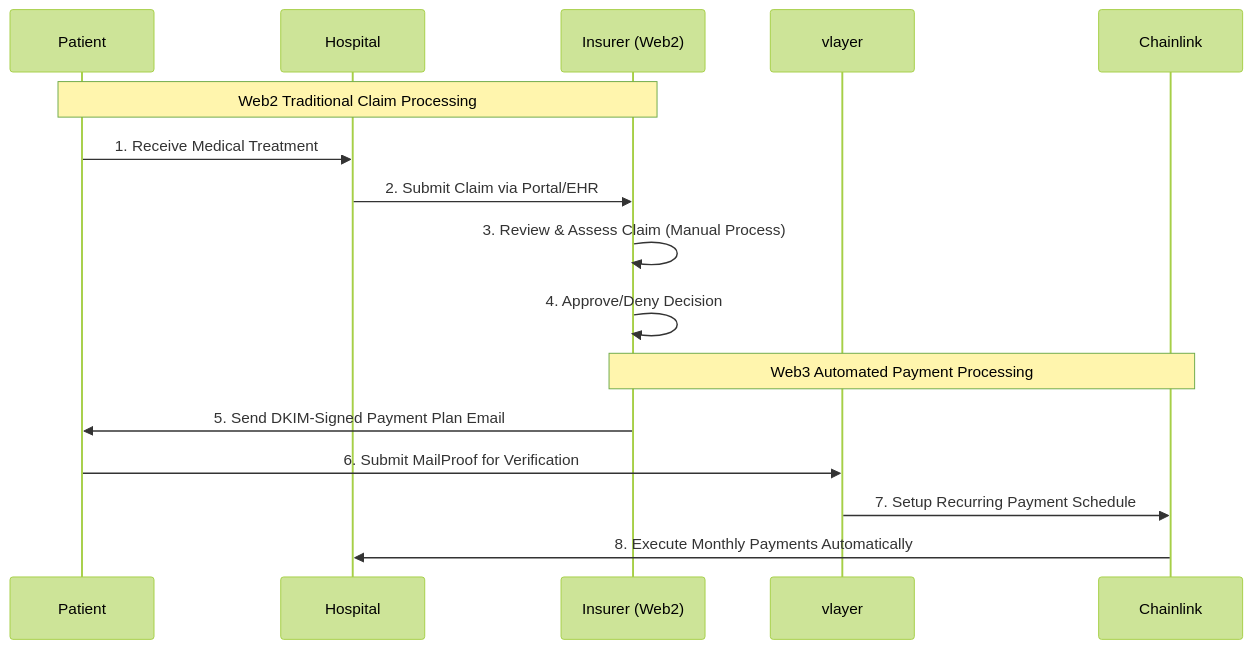
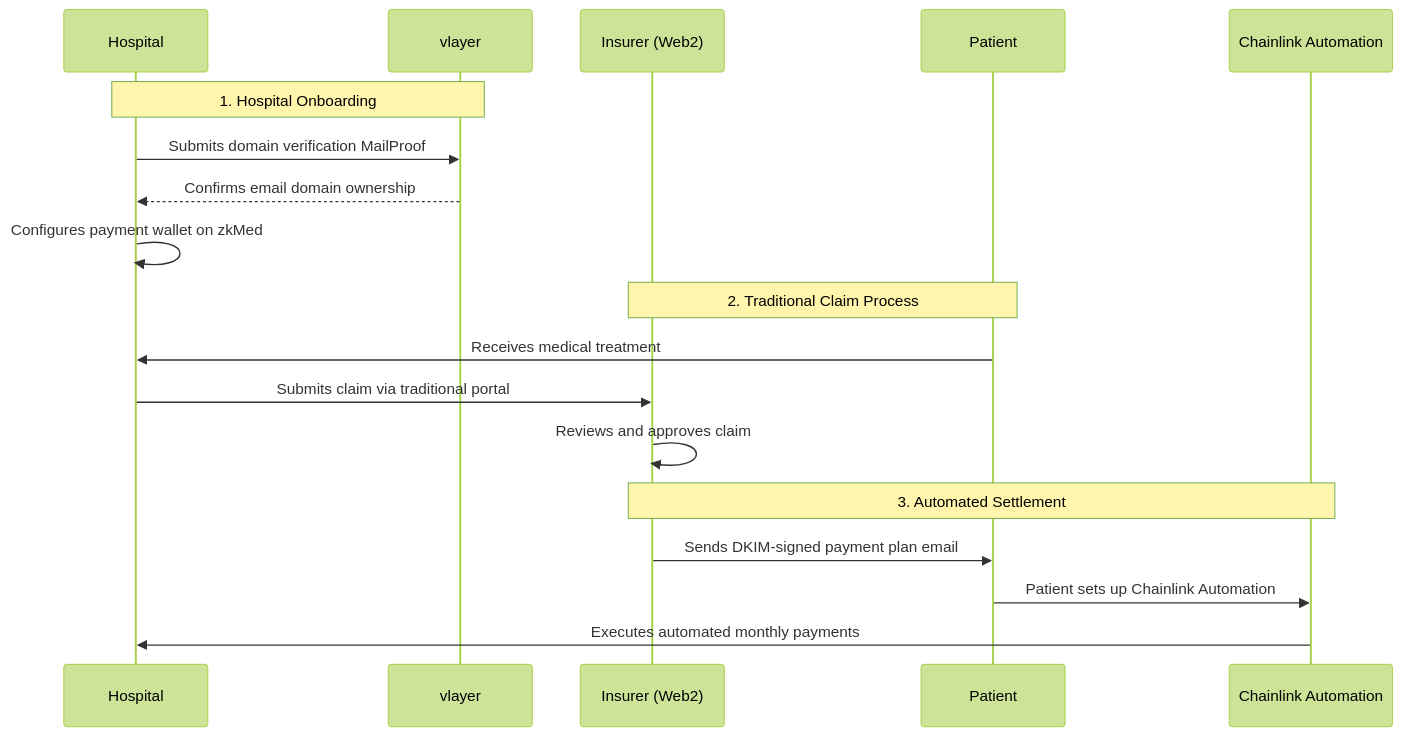
The fourth of 5 diagrams in README.md (ppezzull/zkMed), drawn with Mermaid (forest theme) before and after one commit. The commit also changed other lines of this file, not shown here.

````diff
--- a/README.md
+++ b/README.md
@@ -114,20 +140,23 @@
 ```mermaid
 sequenceDiagram
+    participant H as Hospital
+    participant V as vlayer
+    participant I as Insurer (Web2)
     participant P as Patient
-    participant H as Hospital
-    participant I as Insurer (Web2)
-    participant V as vlayer
-    participant C as Chainlink
-    
-    Note over P,I: Web2 Traditional Claim Processing
-    P->>H: 1. Receive Medical Treatment
-    H->>I: 2. Submit Claim via Portal/EHR
-    I->>I: 3. Review & Assess Claim (Manual Process)
-    I->>I: 4. Approve/Deny Decision
-    
-    Note over I,C: Web3 Automated Payment Processing
-    I->>P: 5. Send DKIM-Signed Payment Plan Email
-    P->>V: 6. Submit MailProof for Verification
-    V->>C: 7. Setup Recurring Payment Schedule
-    C->>H: 8. Execute Monthly Payments Automatically
+    participant C as Chainlink Automation
+
+    Note over H,V: 1. Hospital Onboarding
+    H->>V: Submits domain verification MailProof
+    V-->>H: Confirms email domain ownership
+    H->>H: Configures payment wallet on zkMed
+
+    Note over P,I: 2. Traditional Claim Process
+    P->>H: Receives medical treatment
+    H->>I: Submits claim via traditional portal
+    I->>I: Reviews and approves claim
+
+    Note over I,C: 3. Automated Settlement
+    I->>P: Sends DKIM-signed payment plan email
+    P->>C: Patient sets up Chainlink Automation
+    C->>H: Executes automated monthly payments
 ```
````
